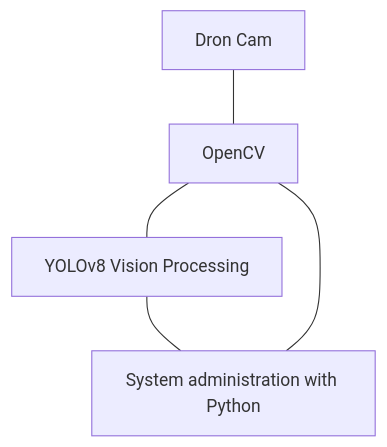
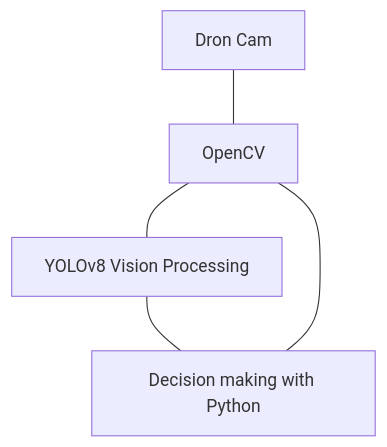
Before and after one commit to furkanusakpinar/tello-web: the diagram in README.md, drawn with Mermaid.

````diff
--- a/README.md
+++ b/README.md
@@ -62,7 +62,7 @@
 ```mermaid
 graph TD
     A[Dron Cam] --- B[OpenCV]
     B --- C[YOLOv8 Vision Processing]
-    C --- D[System administration with Python]
+    C --- D[Decision making with Python]
     D --- B
 ```
````
